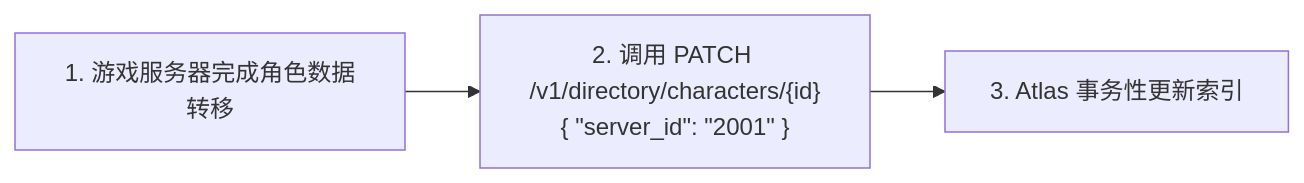
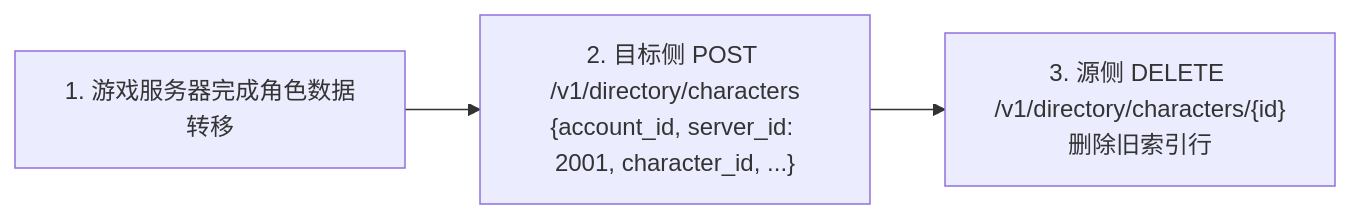
The third of 6 diagrams in docs/migration.md (cuihairu/atlas), drawn with Mermaid before and after one commit. The commit also changed other lines of this file and 6 other files, not shown here.

````diff
--- a/docs/migration.md
+++ b/docs/migration.md
@@ -81,4 +92,4 @@
 ```mermaid
 flowchart LR
-    T1["1. 游戏服务器完成角色数据转移"] --> T2["2. 调用 PATCH /v1/directory/characters/{id}<br/>{ &quot;server_id&quot;: &quot;2001&quot; }"] --> T3["3. Atlas 事务性更新索引"]
+    T1["1. 游戏服务器完成角色数据转移"] --> T2["2. 目标侧 POST /v1/directory/characters<br/>{account_id, server_id: 2001, character_id, ...}"] --> T3["3. 源侧 DELETE /v1/directory/characters/{id}<br/>删除旧索引行"]
 ```
````
